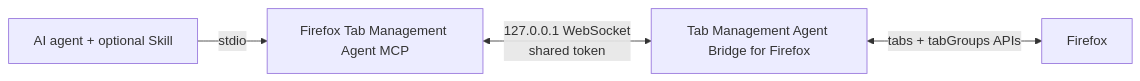
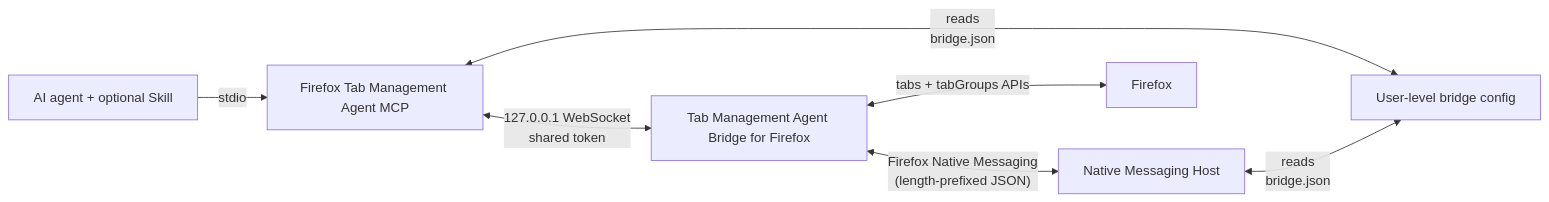
The diagram in docs/architecture.md (Johnnyzlee/agent-bridge-for-tab-management-in-firefox), drawn with Mermaid before and after one commit. The commit also changed other lines of this file and 33 other files, not shown here.

First line of the commit message:
feat: v0.4.0 automatic pairing via Native Messaging

````diff
--- a/docs/architecture.md
+++ b/docs/architecture.md
@@ -11,6 +12,9 @@
 ```mermaid
 flowchart LR
     A["AI agent + optional Skill"] -->|"stdio"| B["Firefox Tab Management Agent MCP"]
     B <-->|"127.0.0.1 WebSocket\nshared token"| C["Tab Management Agent Bridge for Firefox"]
+    C <-->|"Firefox Native Messaging\n(length-prefixed JSON)"| E["Native Messaging Host"]
     C <-->|"tabs + tabGroups APIs"| D["Firefox"]
+    B <-->|"reads\nbridge.json"| F["User-level bridge config"]
+    E <-->|"reads\nbridge.json"| F
 ```
````
